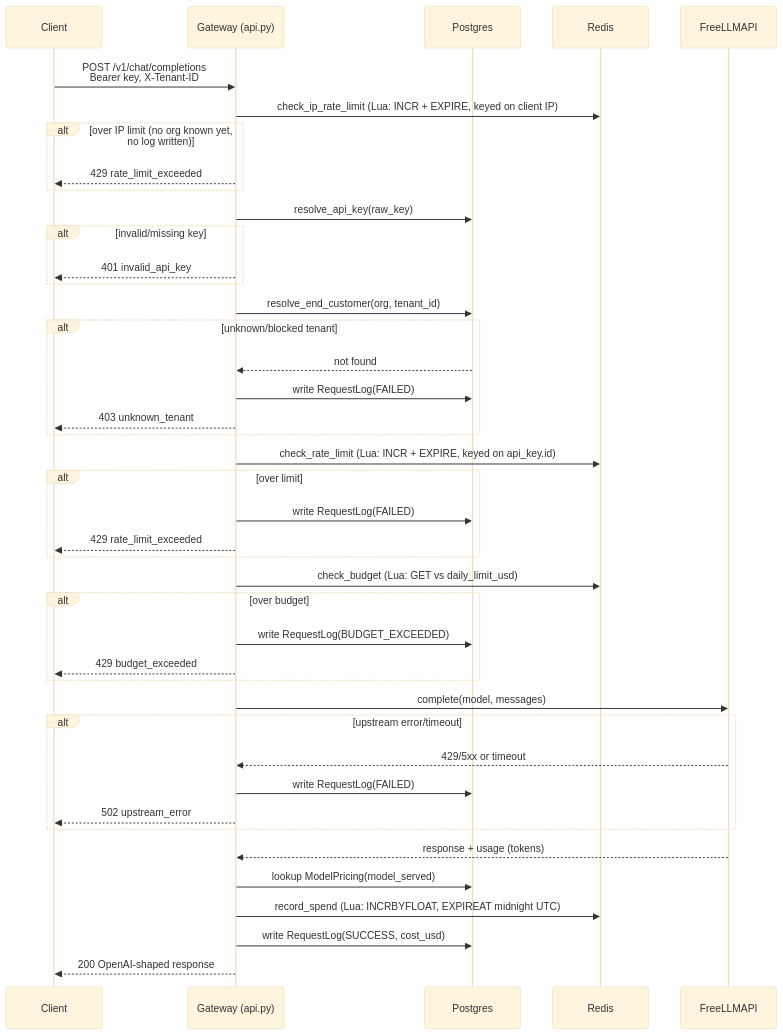
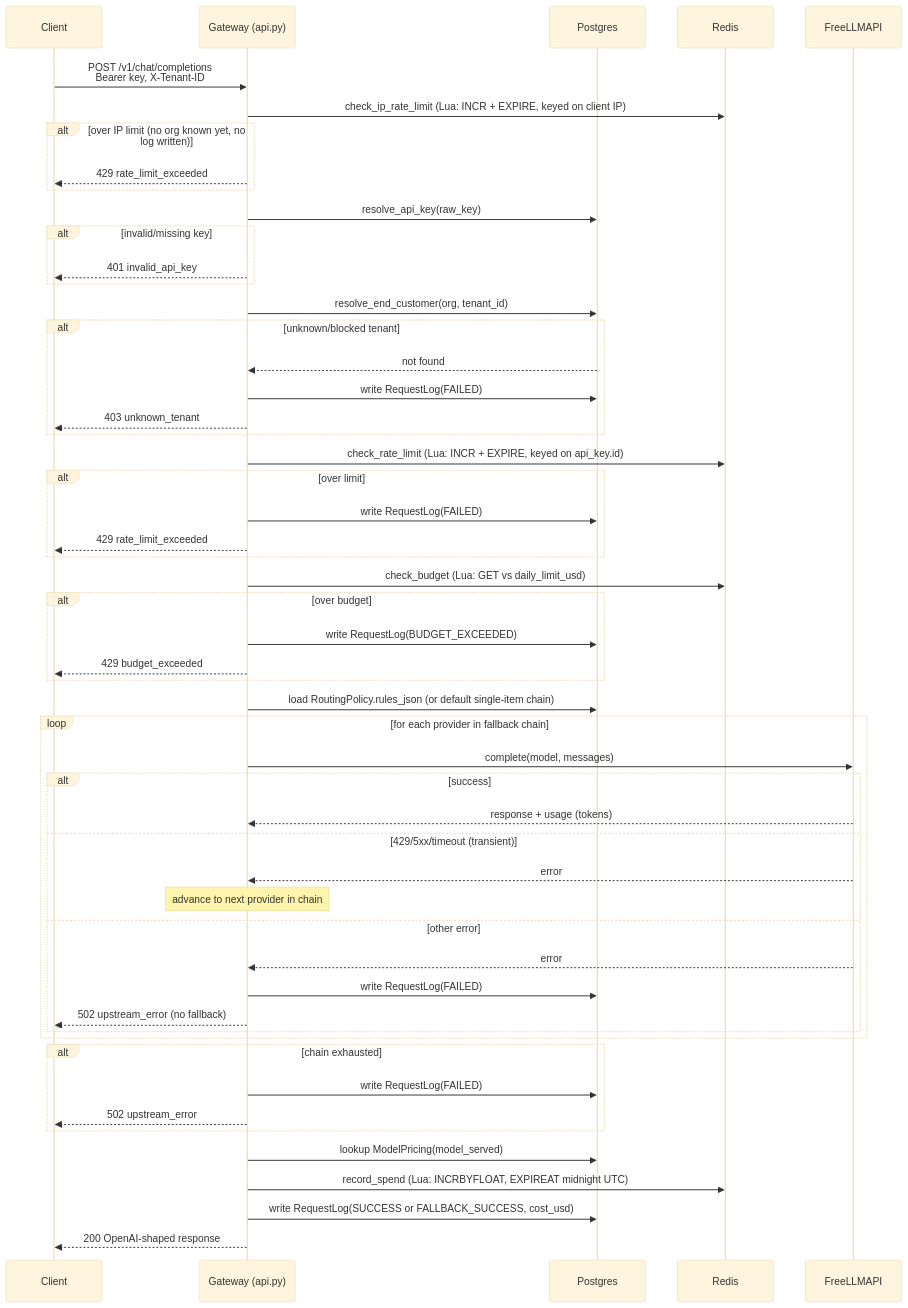
Before and after one commit to SANAT-01/AetherGate: the second of 2 diagrams in README.md, drawn with Mermaid (base theme). The commit also changed other lines of this file and 16 other files, not shown here.

````diff
--- a/README.md
+++ b/README.md
@@ -55,45 +54,56 @@
 ```mermaid
 sequenceDiagram
     participant C as Client
     participant G as Gateway (api.py)
     participant PG as Postgres
     participant R as Redis
     participant P as FreeLLMAPI
 
     C->>G: POST /v1/chat/completions<br/>Bearer key, X-Tenant-ID
     G->>R: check_ip_rate_limit (Lua: INCR + EXPIRE, keyed on client IP)
     alt over IP limit (no org known yet, no log written)
         G-->>C: 429 rate_limit_exceeded
     end
     G->>PG: resolve_api_key(raw_key)
     alt invalid/missing key
         G-->>C: 401 invalid_api_key
     end
     G->>PG: resolve_end_customer(org, tenant_id)
     alt unknown/blocked tenant
         PG-->>G: not found
         G->>PG: write RequestLog(FAILED)
         G-->>C: 403 unknown_tenant
     end
     G->>R: check_rate_limit (Lua: INCR + EXPIRE, keyed on api_key.id)
     alt over limit
         G->>PG: write RequestLog(FAILED)
         G-->>C: 429 rate_limit_exceeded
     end
     G->>R: check_budget (Lua: GET vs daily_limit_usd)
     alt over budget
         G->>PG: write RequestLog(BUDGET_EXCEEDED)
         G-->>C: 429 budget_exceeded
     end
-    G->>P: complete(model, messages)
-    alt upstream error/timeout
-        P-->>G: 429/5xx or timeout
+    G->>PG: load RoutingPolicy.rules_json (or default single-item chain)
+    loop for each provider in fallback chain
+        G->>P: complete(model, messages)
+        alt success
+            P-->>G: response + usage (tokens)
+        else 429/5xx/timeout (transient)
+            P-->>G: error
+            Note over G: advance to next provider in chain
+        else other error
+            P-->>G: error
+            G->>PG: write RequestLog(FAILED)
+            G-->>C: 502 upstream_error (no fallback)
+        end
+    end
+    alt chain exhausted
         G->>PG: write RequestLog(FAILED)
         G-->>C: 502 upstream_error
     end
-    P-->>G: response + usage (tokens)
     G->>PG: lookup ModelPricing(model_served)
     G->>R: record_spend (Lua: INCRBYFLOAT, EXPIREAT midnight UTC)
-    G->>PG: write RequestLog(SUCCESS, cost_usd)
+    G->>PG: write RequestLog(SUCCESS or FALLBACK_SUCCESS, cost_usd)
     G-->>C: 200 OpenAI-shaped response
 ```
````
